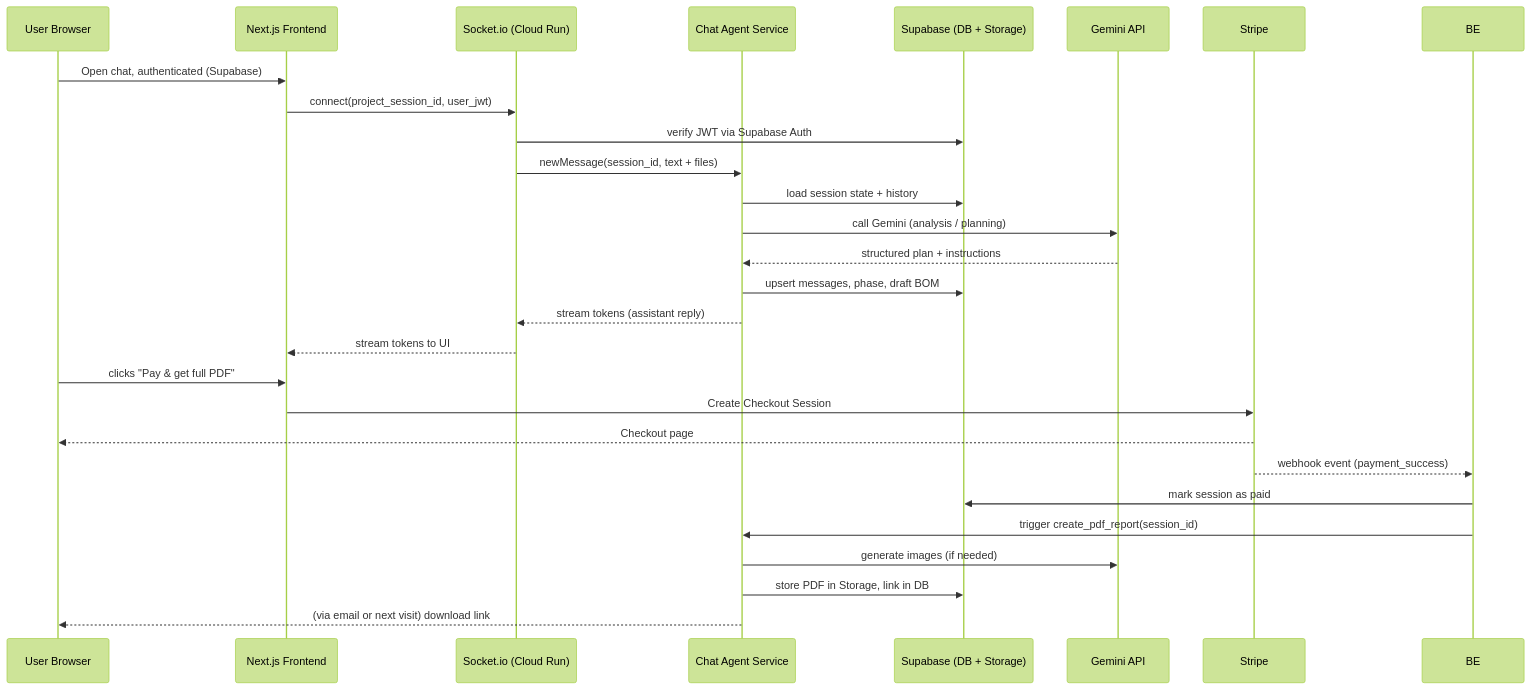
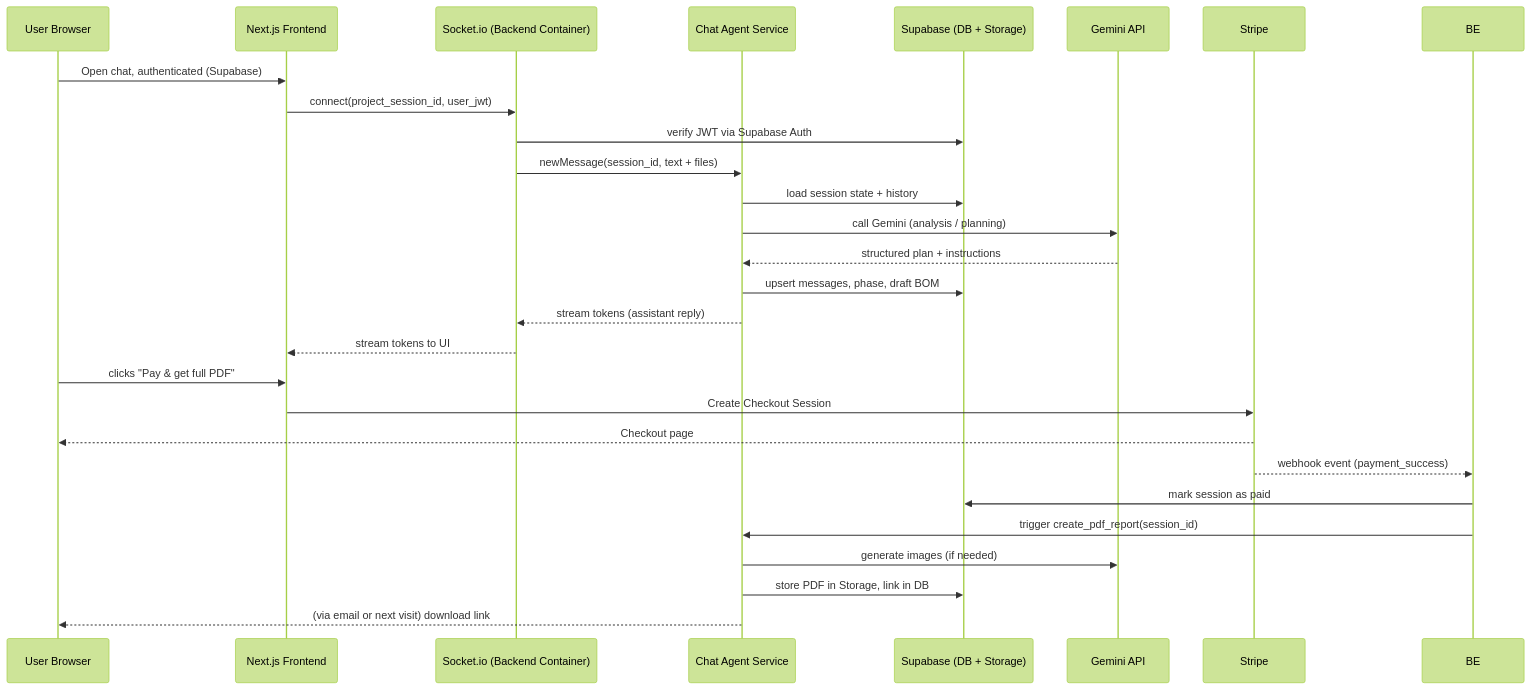
The fourth of 5 diagrams in docs/notion/Full System Architecture.md (songyinggoh/renovation-agent-monorepo), drawn with Mermaid (forest theme) before and after one commit. The commit also changed other lines of this file and 15 other files, not shown here.

````diff
--- a/docs/notion/Full System Architecture.md
+++ b/docs/notion/Full System Architecture.md
@@ -229,34 +228,34 @@
 ```mermaid
 sequenceDiagram
   participant U as User Browser
   participant FE as Next.js Frontend
-  participant WS as Socket.io (Cloud Run)
+  participant WS as Socket.io (Backend Container)
   participant AG as Chat Agent Service
   participant DB as Supabase (DB + Storage)
   participant GM as Gemini API
   participant ST as Stripe
 
   U->>FE: Open chat, authenticated (Supabase)
   FE->>WS: connect(project_session_id, user_jwt)
   WS->>DB: verify JWT via Supabase Auth
   WS->>AG: newMessage(session_id, text + files)
 
   AG->>DB: load session state + history
   AG->>GM: call Gemini (analysis / planning)
   GM-->>AG: structured plan + instructions
 
   AG->>DB: upsert messages, phase, draft BOM
   AG-->>WS: stream tokens (assistant reply)
   WS-->>FE: stream tokens to UI
 
   U->>FE: clicks "Pay & get full PDF"
   FE->>ST: Create Checkout Session
   ST-->>U: Checkout page
   ST-->>BE: webhook event (payment_success)
   BE->>DB: mark session as paid
   BE->>AG: trigger create_pdf_report(session_id)
   AG->>GM: generate images (if needed)
   AG->>DB: store PDF in Storage, link in DB
   AG-->>U: (via email or next visit) download link
 
 ```
````
